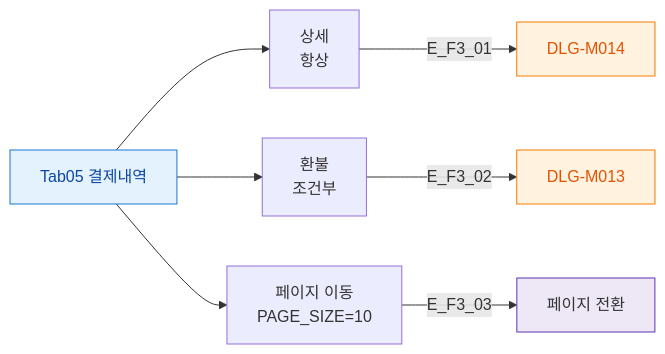
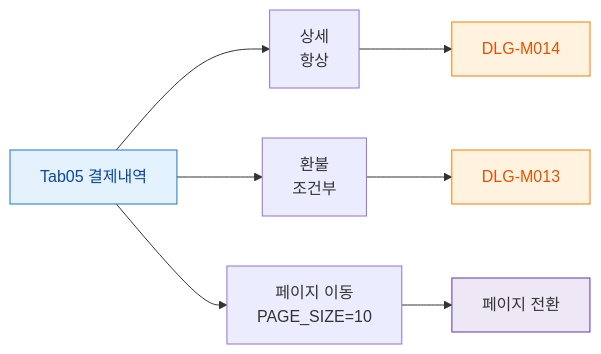
The diagram in docs/다이어그램/D02_회원관리/SCR-M004_회원상세/Tab05_결제내역/F3_버튼액션.md (dev-spogym/admin-pando), drawn with Mermaid before and after one commit. The commit also changed other lines of this file and 1660 other files, not shown here.

First line of the commit message:
다이어그램: 기획자/클라이언트 납품본으로 정리

````diff
--- a/docs/다이어그램/D02_회원관리/SCR-M004_회원상세/Tab05_결제내역/F3_버튼액션.md
+++ b/docs/다이어그램/D02_회원관리/SCR-M004_회원상세/Tab05_결제내역/F3_버튼액션.md
@@ -22,17 +20,17 @@
 ```mermaid
 flowchart LR
   TAB[Tab05 결제내역] --> B1[상세\n항상]
   TAB --> B2[환불\n조건부]
   TAB --> B3[페이지 이동\nPAGE_SIZE=10]
 
-  B1 -->|E_F3_01| DLG_M014[DLG-M014]
-  B2 -->|E_F3_02| DLG_M013[DLG-M013]
-  B3 -->|E_F3_03| PAGE[페이지 전환]
+  B1 --> DLG_M014[DLG-M014]
+  B2 --> DLG_M013[DLG-M013]
+  B3 --> PAGE[페이지 전환]
 
   classDef screen fill:#E3F2FD,stroke:#1976D2,color:#0D47A1
   classDef modal fill:#FFF3E0,stroke:#F57C00,color:#E65100
   classDef system fill:#EDE7F6,stroke:#5E35B2
   class TAB screen
   class DLG_M014,DLG_M013 modal
   class PAGE system
 ```
````
